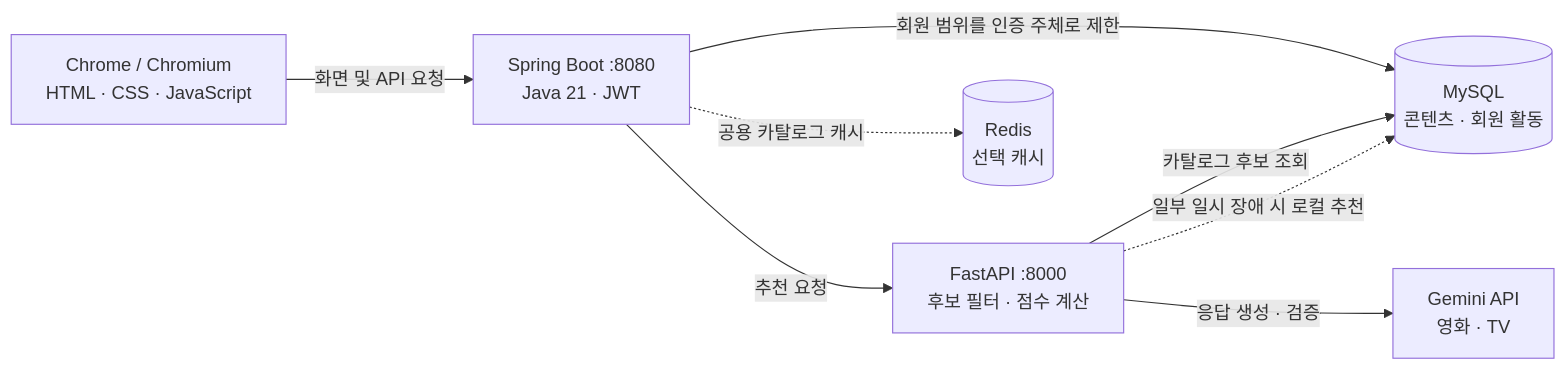
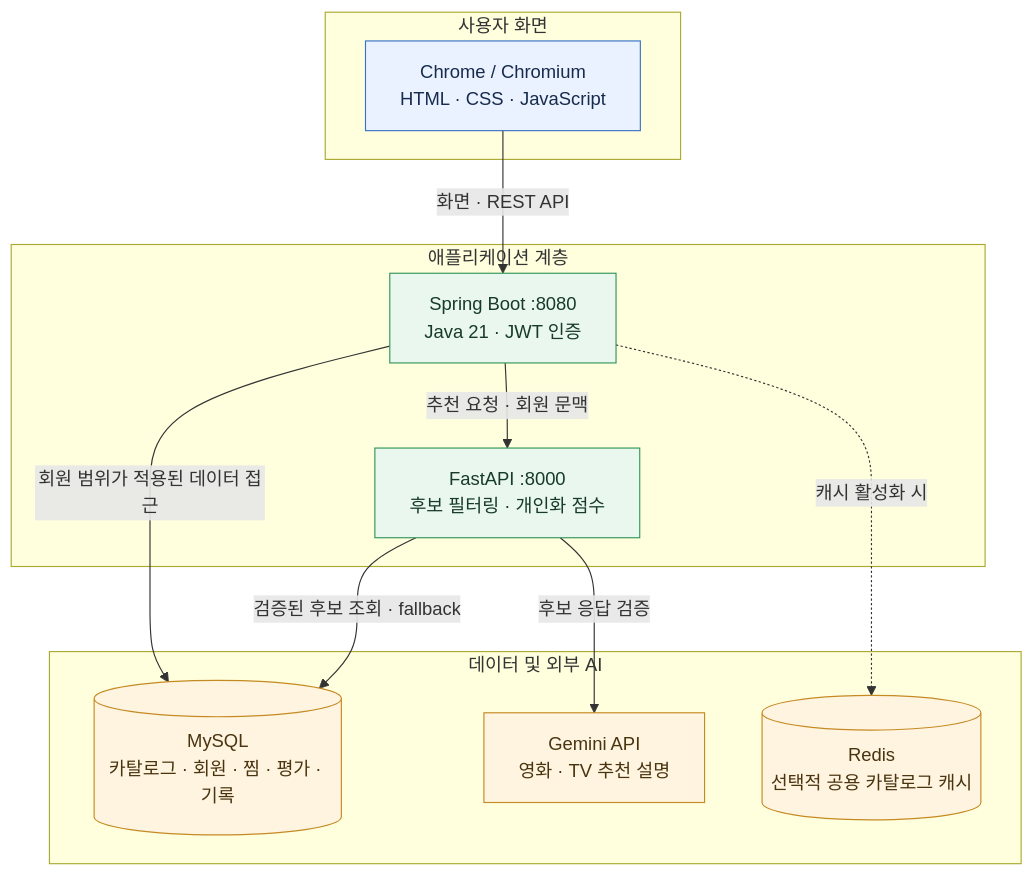
One commit to ChoJaeho-stack/AI-Content-Preference-Lab changed the diagram in README.md. Above: the diagram before and after it, drawn with Mermaid. The commit also changed other lines of this file, not shown here.

Commit message:
Refine README architecture and limitations

````diff
--- a/README.md
+++ b/README.md
@@ -34,17 +28,31 @@
 ```mermaid
-flowchart LR
-    U[Chrome / Chromium<br/>HTML · CSS · JavaScript]
-    S[Spring Boot :8080<br/>Java 21 · JWT]
-    F[FastAPI :8000<br/>후보 필터 · 점수 계산]
-    D[(MySQL<br/>콘텐츠 · 회원 활동)]
-    G[Gemini API<br/>영화 · TV]
-    R[(Redis<br/>선택 캐시)]
+flowchart TB
+    subgraph Client[사용자 화면]
+        U[Chrome / Chromium<br/>HTML · CSS · JavaScript]
+    end
 
-    U -->|화면 및 API 요청| S
-    S -->|회원 범위를 인증 주체로 제한| D
-    S -->|추천 요청| F
-    F -->|카탈로그 후보 조회| D
-    F -->|응답 생성 · 검증| G
-    F -.->|일부 일시 장애 시 로컬 추천| D
-    S -.->|공용 카탈로그 캐시| R
+    subgraph Application[애플리케이션 계층]
+        S[Spring Boot :8080<br/>Java 21 · JWT 인증]
+        F[FastAPI :8000<br/>후보 필터링 · 개인화 점수]
+        S -->|추천 요청 · 회원 문맥| F
+    end
+
+    subgraph Data[데이터 및 외부 AI]
+        D[(MySQL<br/>카탈로그 · 회원 · 찜 · 평가 · 기록)]
+        G[Gemini API<br/>영화 · TV 추천 설명]
+        R[(Redis<br/>선택적 공용 카탈로그 캐시)]
+    end
+
+    U -->|화면 · REST API| S
+    S -->|회원 범위가 적용된 데이터 접근| D
+    S -.->|캐시 활성화 시| R
+    F -->|검증된 후보 조회 · fallback| D
+    F -->|후보 응답 검증| G
+
+    classDef client fill:#eaf2ff,stroke:#3973c6,color:#172b4d
+    classDef app fill:#e9f7ef,stroke:#32965a,color:#173b27
+    classDef data fill:#fff4df,stroke:#c58a24,color:#493410
+    class U client
+    class S,F app
+    class D,G,R data
 ```
````
